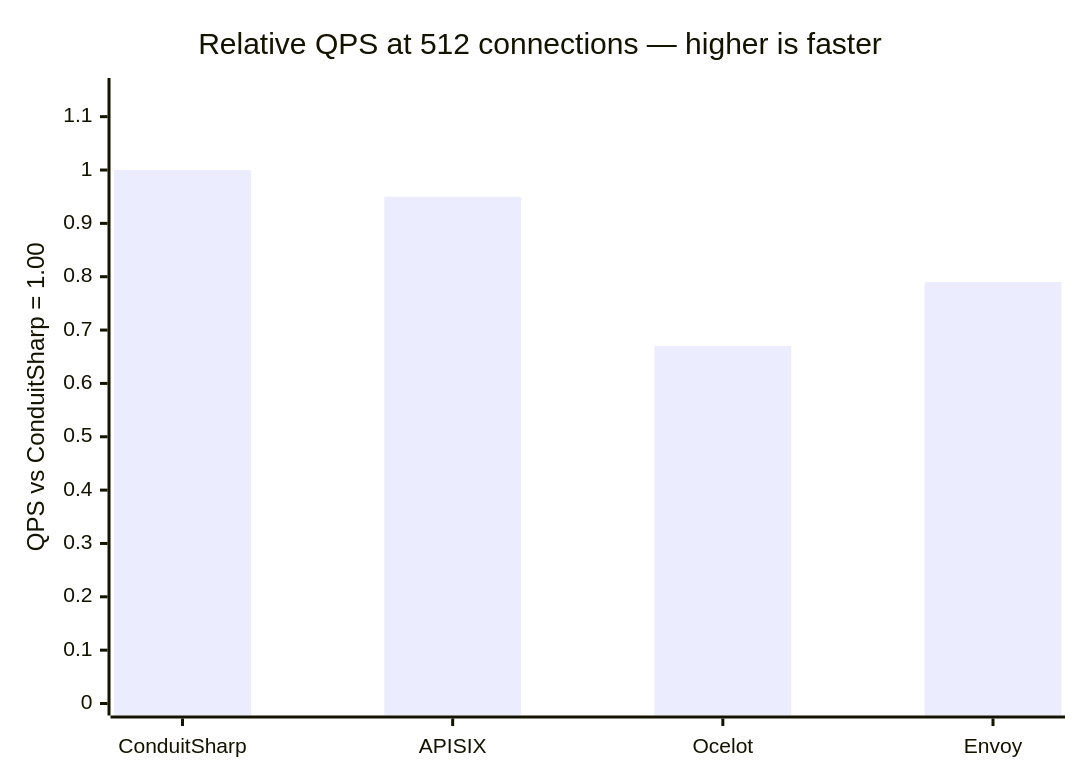
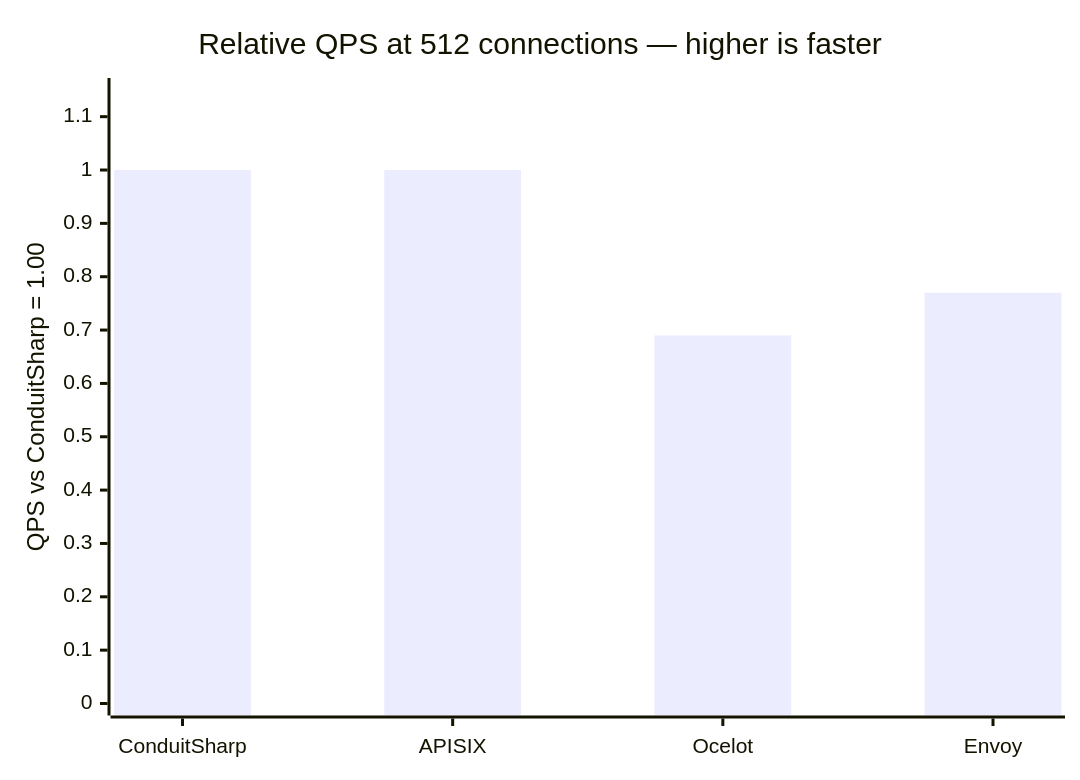
One commit to liqngliz/ConduitSharp changed the third of 9 diagrams in README.md. Above: the diagram before and after it, drawn with Mermaid. The commit also changed other lines of this file and 1 other file, not shown here.

````diff
--- a/README.md
+++ b/README.md
@@ -403,7 +403,7 @@
 ```mermaid
 xychart-beta
     title "Relative QPS at 512 connections — higher is faster"
     x-axis ["ConduitSharp", "APISIX", "Ocelot", "Envoy"]
     y-axis "QPS vs ConduitSharp = 1.00" 0 --> 1.15
-    bar [1.00, 0.95, 0.67, 0.79]
+    bar [1.00, 1.00, 0.69, 0.77]
 ```
````
